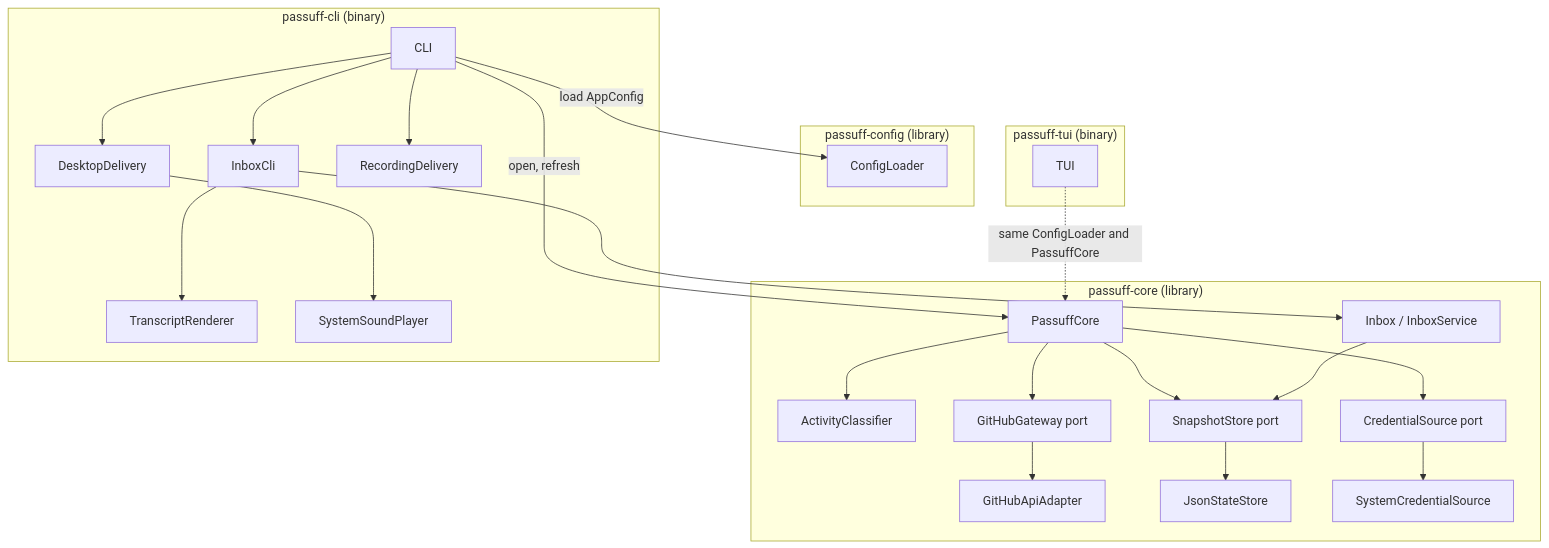
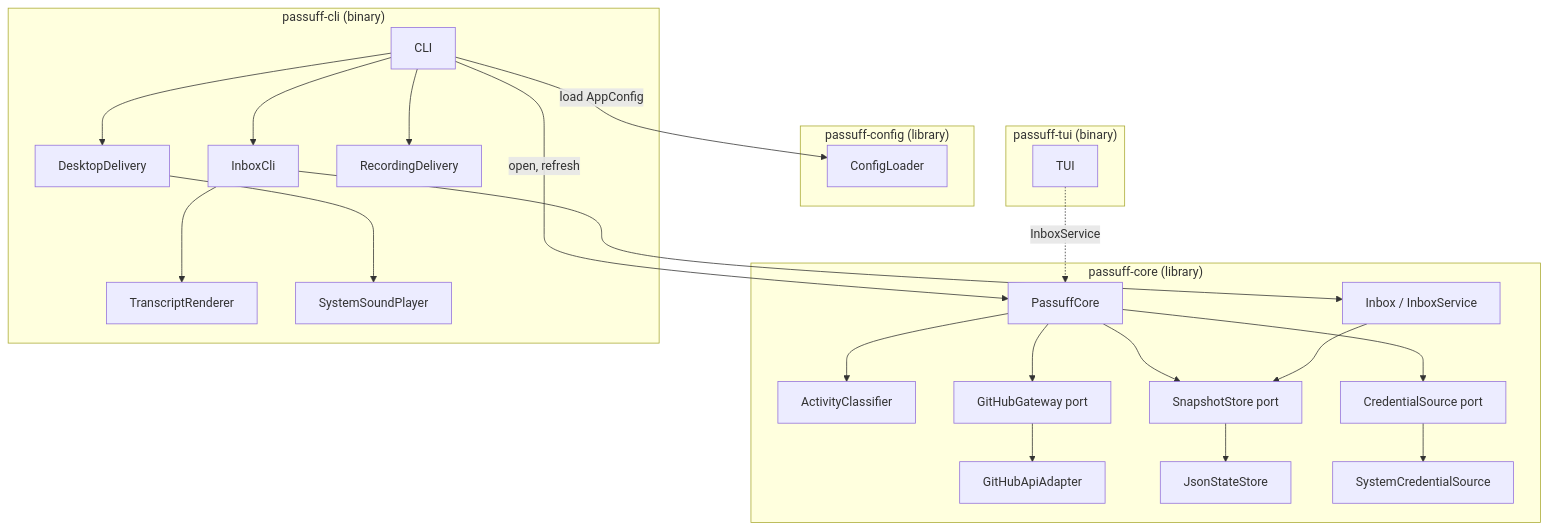
Before and after one commit to buster/passuff: the diagram in docs/arc42/05-building-block-view.md, drawn with Mermaid. The commit also changed other lines of this file and 14 other files, not shown here.

````diff
--- a/docs/arc42/05-building-block-view.md
+++ b/docs/arc42/05-building-block-view.md
@@ -5,49 +5,49 @@
 ```mermaid
 flowchart TB
     subgraph configBoundary["passuff-config (library)"]
         Config["ConfigLoader"]
     end
 
     subgraph coreBoundary["passuff-core (library)"]
         Core["PassuffCore"]
         Classifier["ActivityClassifier"]
         GitHubPort["GitHubGateway port"]
         GitHubAdapter["GitHubApiAdapter"]
         StatePort["SnapshotStore port"]
         JsonStore["JsonStateStore"]
         CredentialPort["CredentialSource port"]
         Credential["SystemCredentialSource"]
         Inbox["Inbox / InboxService"]
     end
 
     subgraph cliBoundary["passuff-cli (binary)"]
         CLI["CLI"]
         InboxCli["InboxCli"]
         Renderer["TranscriptRenderer"]
         Delivery["DesktopDelivery"]
         Record["RecordingDelivery"]
         Sound["SystemSoundPlayer"]
     end
 
     subgraph tuiBoundary["passuff-tui (binary)"]
         TUI["TUI"]
     end
 
     CLI -->|load AppConfig| Config
     CLI -->|open, refresh| Core
     CLI --> InboxCli
     InboxCli --> Renderer
     InboxCli --> Inbox
     Inbox --> StatePort
     CLI --> Delivery
     CLI --> Record
     Delivery --> Sound
     Core --> Classifier
     Core --> GitHubPort
     GitHubPort --> GitHubAdapter
     Core --> StatePort
     StatePort --> JsonStore
     Core --> CredentialPort
     CredentialPort --> Credential
-    TUI -.->|same ConfigLoader and PassuffCore| Core
+    TUI -.->|InboxService| Core
 ```
````
